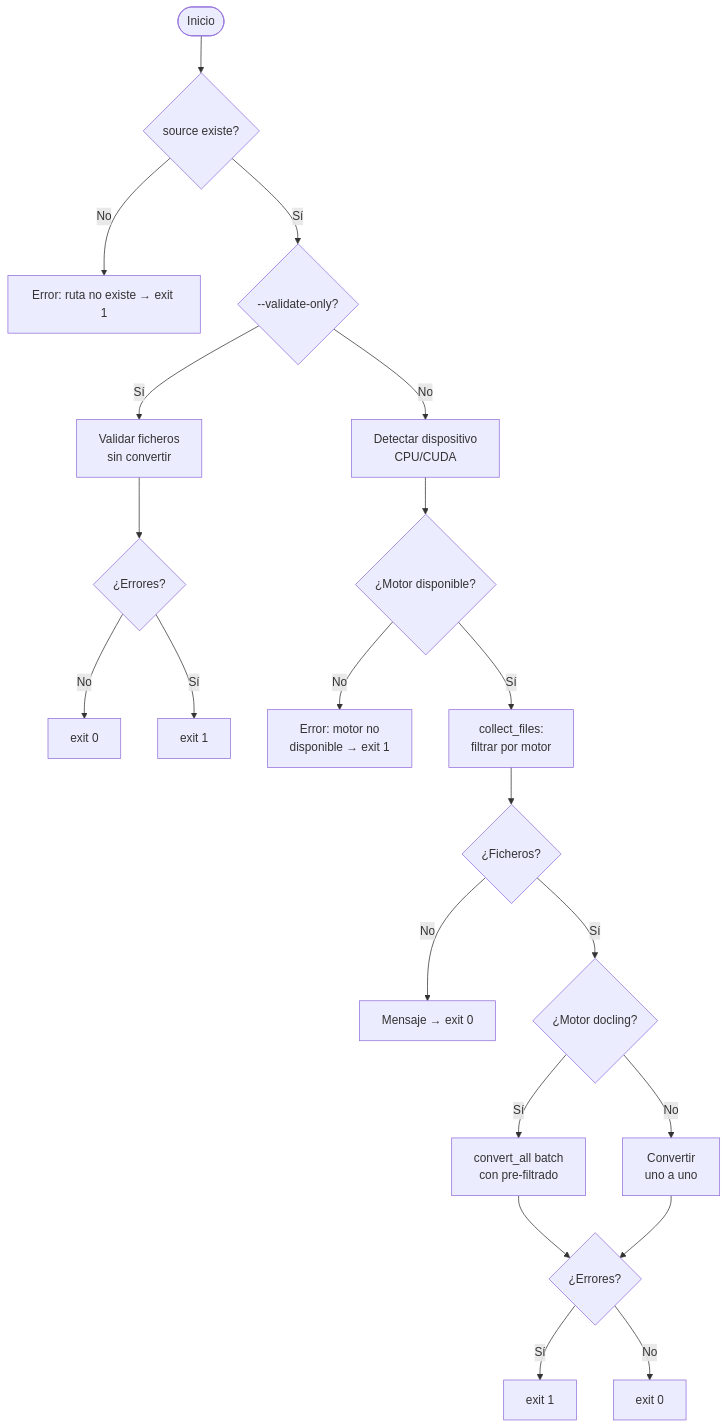
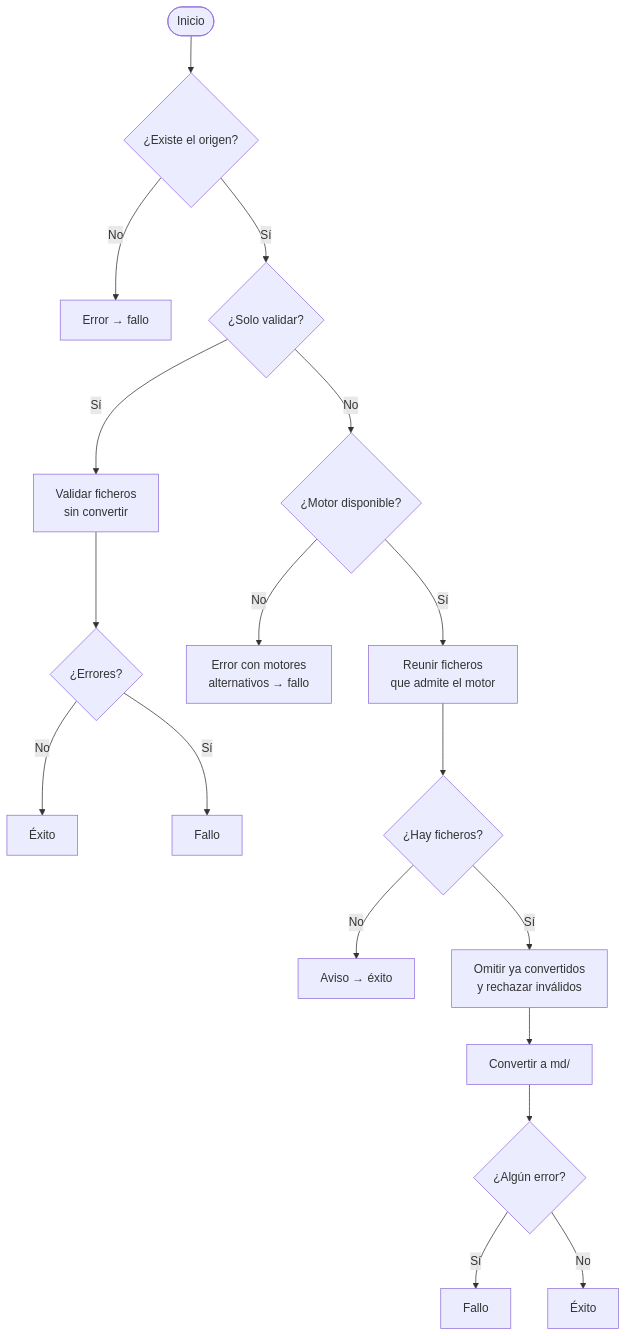
Before and after one commit to fmanza/doc_ia: the diagram in docs/functional/convert_to_md.md, drawn with Mermaid. The commit also changed other lines of this file and 30 other files, not shown here.

````diff
--- a/docs/functional/convert_to_md.md
+++ b/docs/functional/convert_to_md.md
@@ -34,23 +41,20 @@
 ```mermaid
 flowchart TD
-    A([Inicio]) --> B{source existe?}
-    B -- No --> E[Error: ruta no existe → exit 1]
-    B -- Sí --> VO{--validate-only?}
+    A([Inicio]) --> B{¿Existe el origen?}
+    B -- No --> E[Error → fallo]
+    B -- Sí --> VO{¿Solo validar?}
     VO -- Sí --> VAL[Validar ficheros\nsin convertir]
     VAL --> VALR{¿Errores?}
-    VALR -- No --> VALOK[exit 0]
-    VALR -- Sí --> VALERR[exit 1]
-    VO -- No --> DEV[Detectar dispositivo\nCPU/CUDA]
-    DEV --> ENG{¿Motor disponible?}
-    ENG -- No --> ENGERR[Error: motor no\ndisponible → exit 1]
-    ENG -- Sí --> CF[collect_files:\nfiltrar por motor]
-    CF --> G{¿Ficheros?}
-    G -- No --> H[Mensaje → exit 0]
-    G -- Sí --> BATCH{¿Motor docling?}
-    BATCH -- Sí --> BA[convert_all batch\ncon pre-filtrado]
-    BATCH -- No --> LOOP[Convertir\nuno a uno]
-    BA --> Q{¿Errores?}
-    LOOP --> Q
-    Q -- Sí --> R[exit 1]
-    Q -- No --> S[exit 0]
+    VALR -- No --> VALOK[Éxito]
+    VALR -- Sí --> VALERR[Fallo]
+    VO -- No --> ENG{¿Motor disponible?}
+    ENG -- No --> ENGERR[Error con motores\nalternativos → fallo]
+    ENG -- Sí --> CF[Reunir ficheros\nque admite el motor]
+    CF --> G{¿Hay ficheros?}
+    G -- No --> H[Aviso → éxito]
+    G -- Sí --> PRE[Omitir ya convertidos\ny rechazar inválidos]
+    PRE --> CONV[Convertir a md/]
+    CONV --> Q{¿Algún error?}
+    Q -- Sí --> R[Fallo]
+    Q -- No --> S[Éxito]
 ```
````
